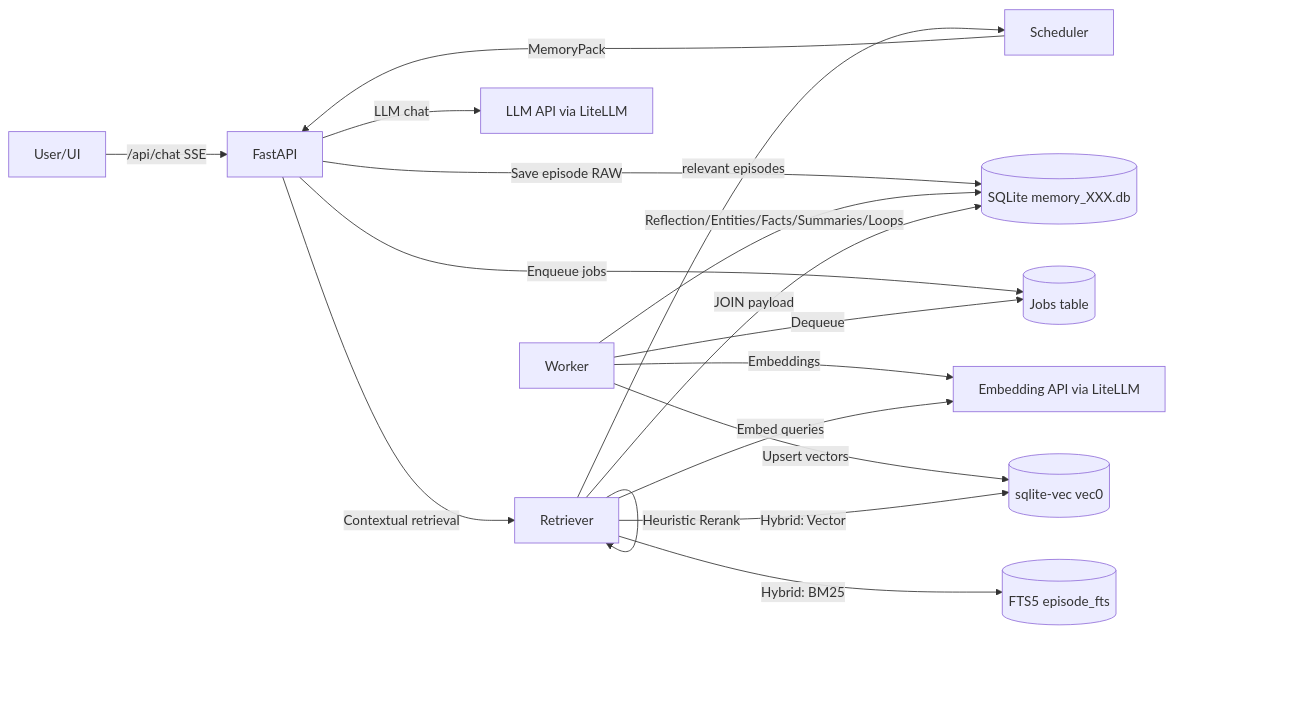
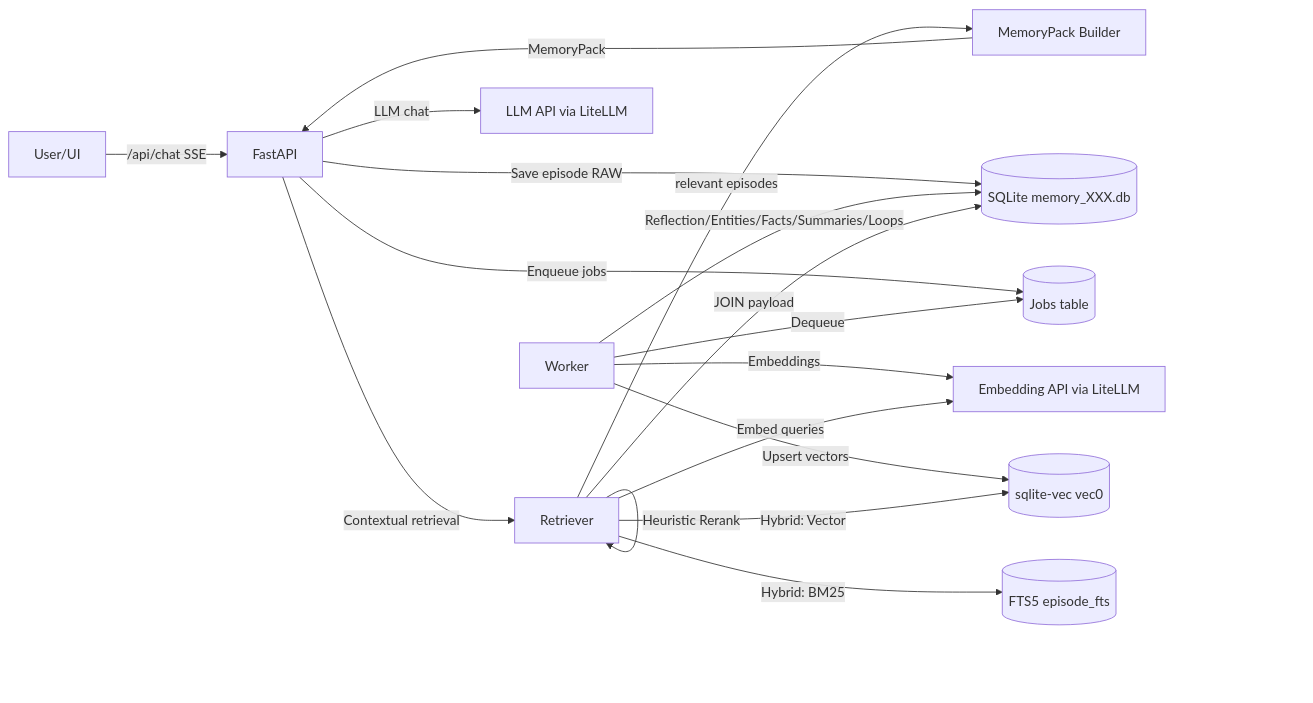
The first of 5 diagrams in docs/architecture.md (hirona98/cocoro_ghost), drawn with Mermaid before and after one commit. The commit also changed other lines of this file and 8 other files, not shown here.

````diff
--- a/docs/architecture.md
+++ b/docs/architecture.md
@@ -30,19 +30,19 @@
 ```mermaid
 flowchart LR
   U[User/UI] -->|/api/chat SSE| API[FastAPI]
   API -->|Contextual retrieval| RET[Retriever]
-  RET -->|relevant episodes| SCH[Scheduler]
+  RET -->|relevant episodes| SCH[MemoryPack Builder]
   SCH -->|MemoryPack| API
   API -->|LLM chat| LLM[LLM API via LiteLLM]
   API -->|Save episode RAW| DB[(SQLite memory_XXX.db)]
   API -->|Enqueue jobs| Q[(Jobs table)]
   W[Worker] -->|Dequeue| Q
   W -->|Reflection/Entities/Facts/Summaries/Loops| DB
   W -->|Embeddings| EMB[Embedding API via LiteLLM]
   W -->|Upsert vectors| VEC[(sqlite-vec vec0)]
   RET -->|Embed queries| EMB
   RET -->|Hybrid: Vector| VEC
   RET -->|Hybrid: BM25| FTS[(FTS5 episode_fts)]
   RET -->|JOIN payload| DB
   RET -->|Heuristic Rerank| RET
 ```
````
